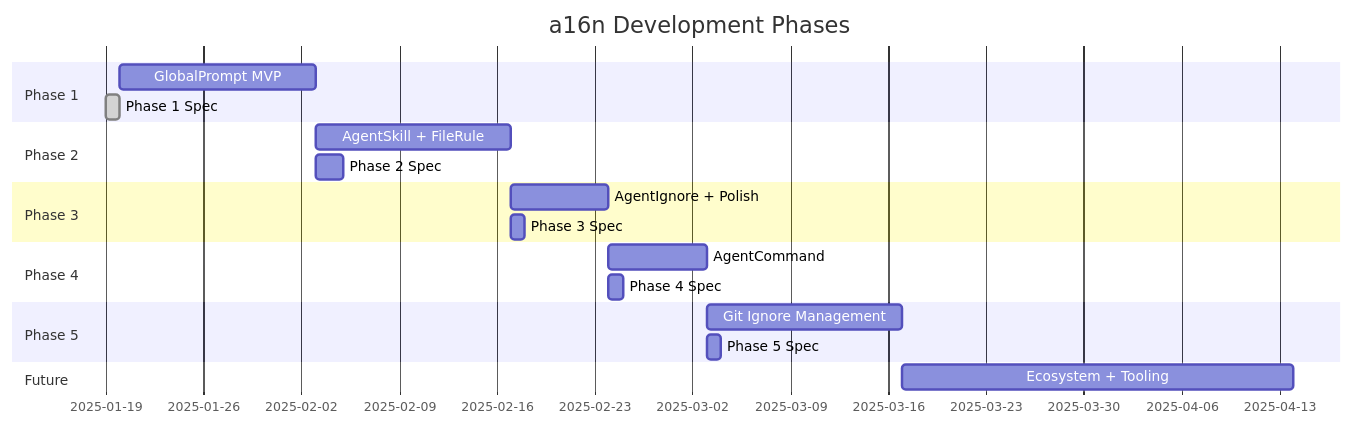
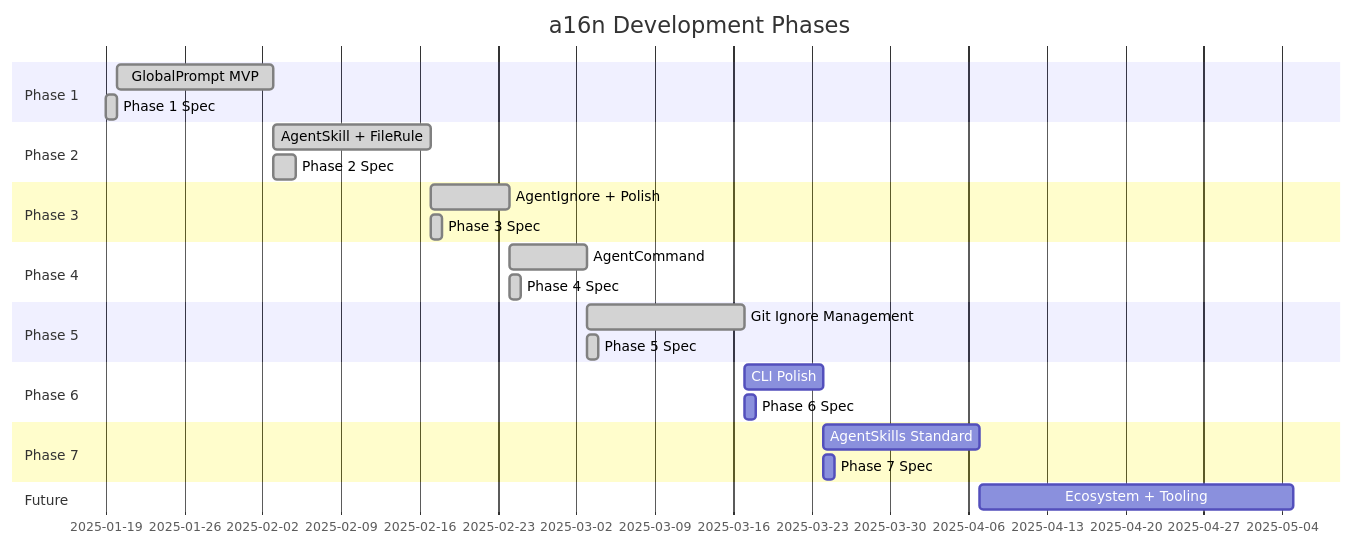
One commit to Texarkanine/a16n changed the first of 2 diagrams in planning/ROADMAP.md. Above: the diagram before and after it, drawn with Mermaid. The commit also changed other lines of this file and 8 other files, not shown here.

````diff
--- a/planning/ROADMAP.md
+++ b/planning/ROADMAP.md
@@ -7,22 +7,28 @@
 ```mermaid
 gantt
     title a16n Development Phases
     dateFormat  YYYY-MM-DD
     section Phase 1
-        GlobalPrompt MVP           :p1, 2025-01-20, 2w
-        Phase 1 Spec: done, p1spec, 2025-01-19, 1d
+        GlobalPrompt MVP           :done, p1, 2025-01-20, 2w
+        Phase 1 Spec               :done, p1spec, 2025-01-19, 1d
     section Phase 2
-        AgentSkill + FileRule      :p2, after p1, 2w
-        Phase 2 Spec               :p2spec, after p1, 2d
+        AgentSkill + FileRule      :done, p2, after p1, 2w
+        Phase 2 Spec               :done, p2spec, after p1, 2d
     section Phase 3
-        AgentIgnore + Polish       :p3, after p2, 1w
-        Phase 3 Spec               :p3spec, after p2, 1d
+        AgentIgnore + Polish       :done, p3, after p2, 1w
+        Phase 3 Spec               :done, p3spec, after p2, 1d
     section Phase 4
-        AgentCommand               :p4, after p3, 1w
-        Phase 4 Spec               :p4spec, after p3, 1d
+        AgentCommand               :done, p4, after p3, 1w
+        Phase 4 Spec               :done, p4spec, after p3, 1d
     section Phase 5
-        Git Ignore Management      :p5, after p4, 2w
-        Phase 5 Spec               :p5spec, after p4, 1d
+        Git Ignore Management      :done, p5, after p4, 2w
+        Phase 5 Spec               :done, p5spec, after p4, 1d
+    section Phase 6
+        CLI Polish                 :p6, after p5, 1w
+        Phase 6 Spec               :p6spec, after p5, 1d
+    section Phase 7
+        AgentSkills Standard       :p7, after p6, 2w
+        Phase 7 Spec               :p7spec, after p6, 1d
     section Future
-        Ecosystem + Tooling        :p6, after p5, 4w
+        Ecosystem + Tooling        :p8, after p7, 4w
 ```
````
